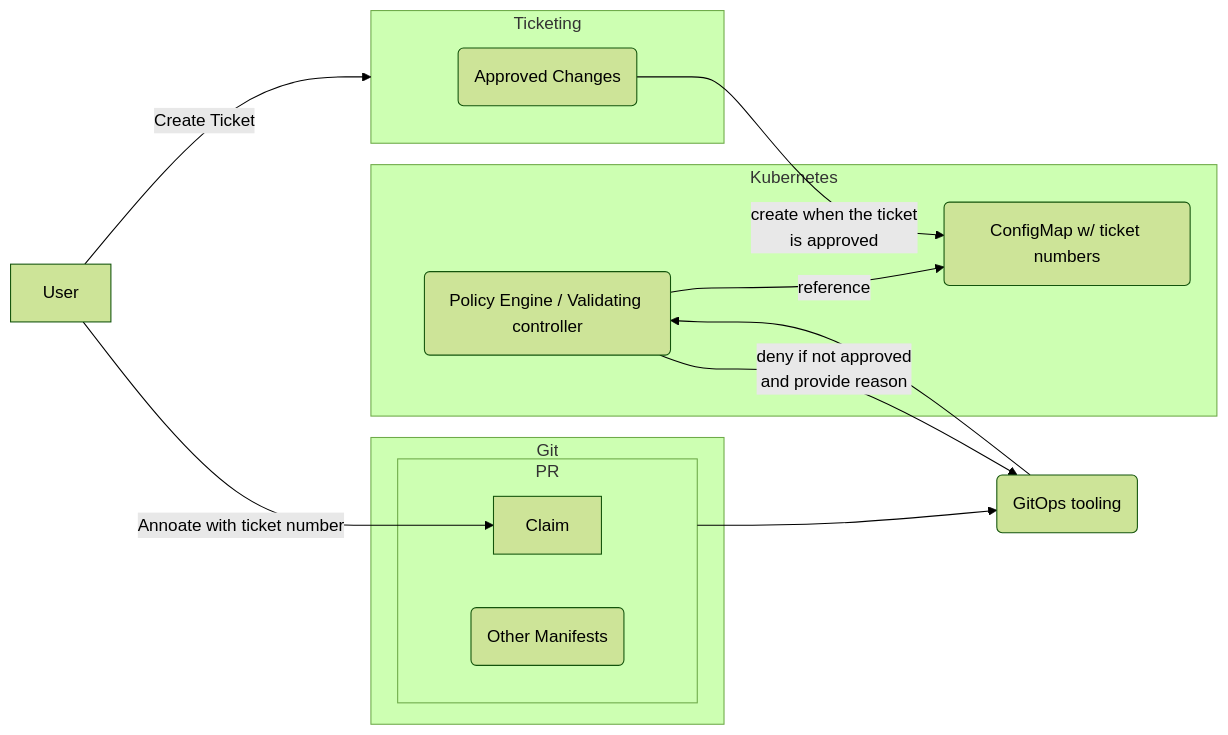
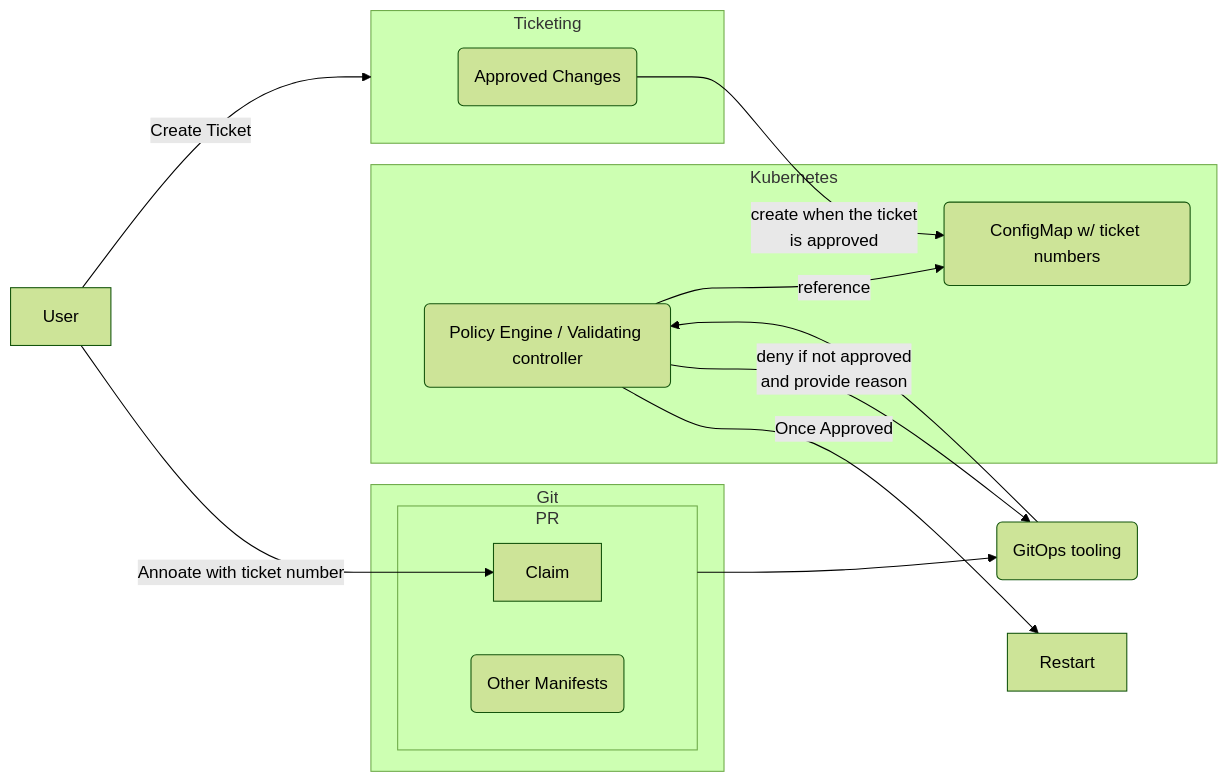
Before and after one commit to awslabs/crossplane-on-eks: the third of 3 diagrams in doc/rds-day-2.md, drawn with Mermaid (forest theme). The commit also changed other lines of this file, not shown here.

Commit message:
update diagram

````diff
--- a/doc/rds-day-2.md
+++ b/doc/rds-day-2.md
@@ -118,29 +120,30 @@
 ```mermaid
 flowchart LR
     subgraph Kubernetes
         ConfigMap(ConfigMap w/ ticket numbers)
         ValidatingController(Policy Engine / Validating controller)
     end 
 
     subgraph Git
         subgraph PR
             Claim
             Manifests(Other Manifests)
         end
     end
 
     subgraph Ticketing
        Approved(Approved Changes)
     end
     
     User
     GitOps(GitOps tooling)
 
     User --Create Ticket--> Ticketing
     User --Annoate with ticket number--> Claim
     PR(PR Merged) --> GitOps --> ValidatingController
     ValidatingController --reference--> ConfigMap
     ValidatingController --deny if not approved \n and provide reason--> GitOps
     Approved --create when the ticket \n is approved--> ConfigMap
+    ValidatingController--Once Approved--> Restart
     
 ```
````
